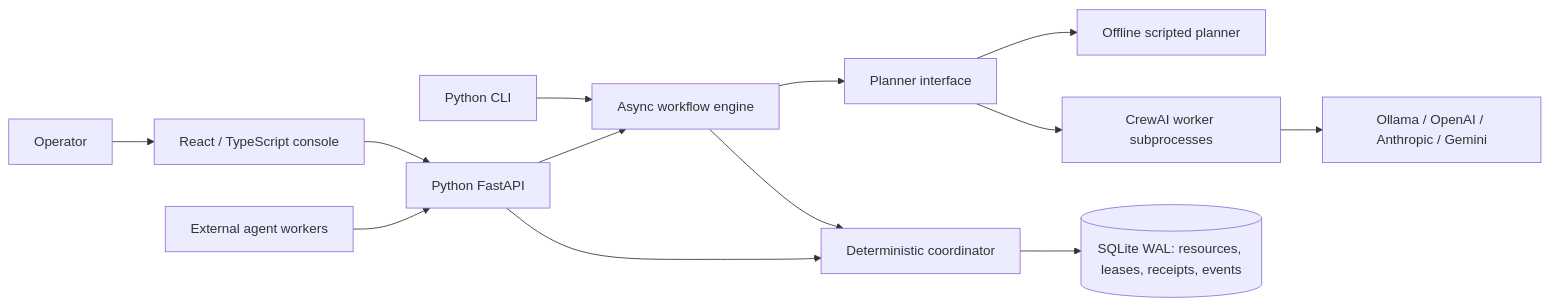
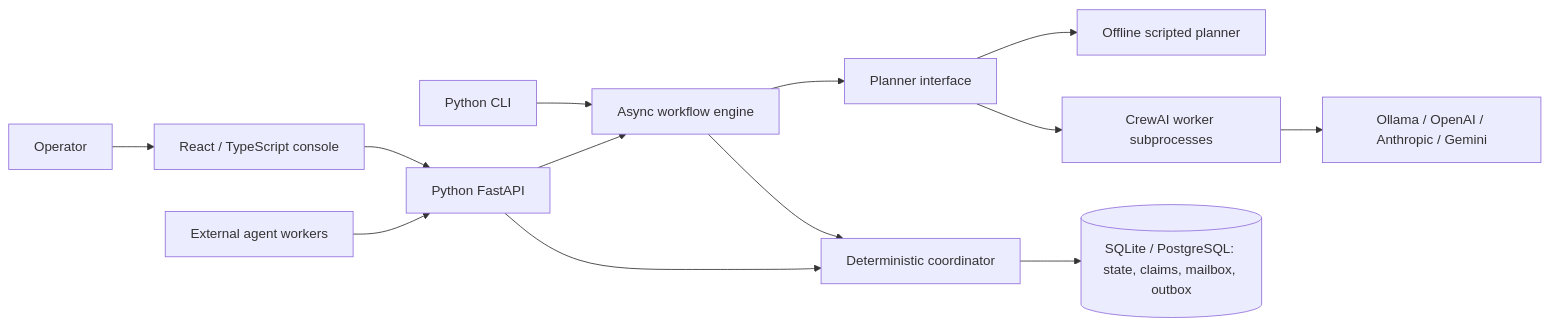
The first of 2 diagrams in docs/architecture.md (piyush-chopra/agentlatch), drawn with Mermaid before and after one commit. The commit also changed other lines of this file and 14 other files, not shown here.

````diff
--- a/docs/architecture.md
+++ b/docs/architecture.md
@@ -11,15 +11,15 @@
 ```mermaid
 flowchart LR
     User[Operator] --> UI[React / TypeScript console]
     UI --> API[Python FastAPI]
     CLI[Python CLI] --> Engine[Async workflow engine]
     API --> Engine
     External[External agent workers] --> API
     Engine --> Planner[Planner interface]
     Planner --> Script[Offline scripted planner]
     Planner --> Crew[CrewAI worker subprocesses]
     Crew --> Models[Ollama / OpenAI / Anthropic / Gemini]
     Engine --> Coordinator[Deterministic coordinator]
     API --> Coordinator
-    Coordinator --> DB[(SQLite WAL: resources, leases, receipts, events)]
+    Coordinator --> DB[(SQLite / PostgreSQL: state, claims, mailbox, outbox)]
 ```
````
